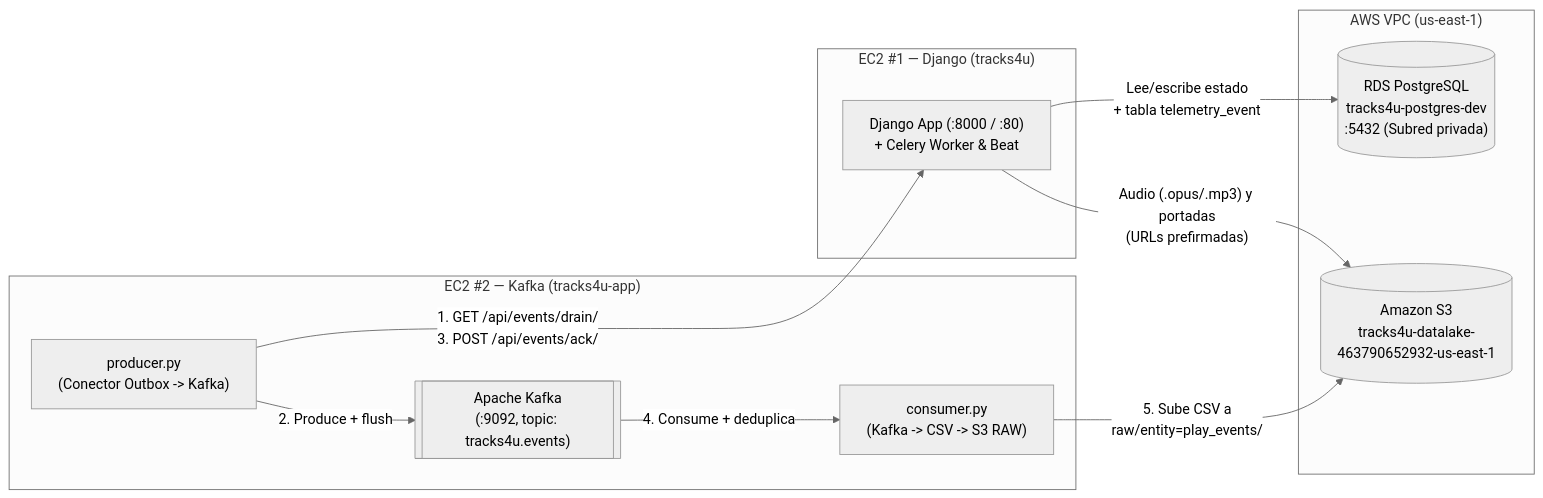
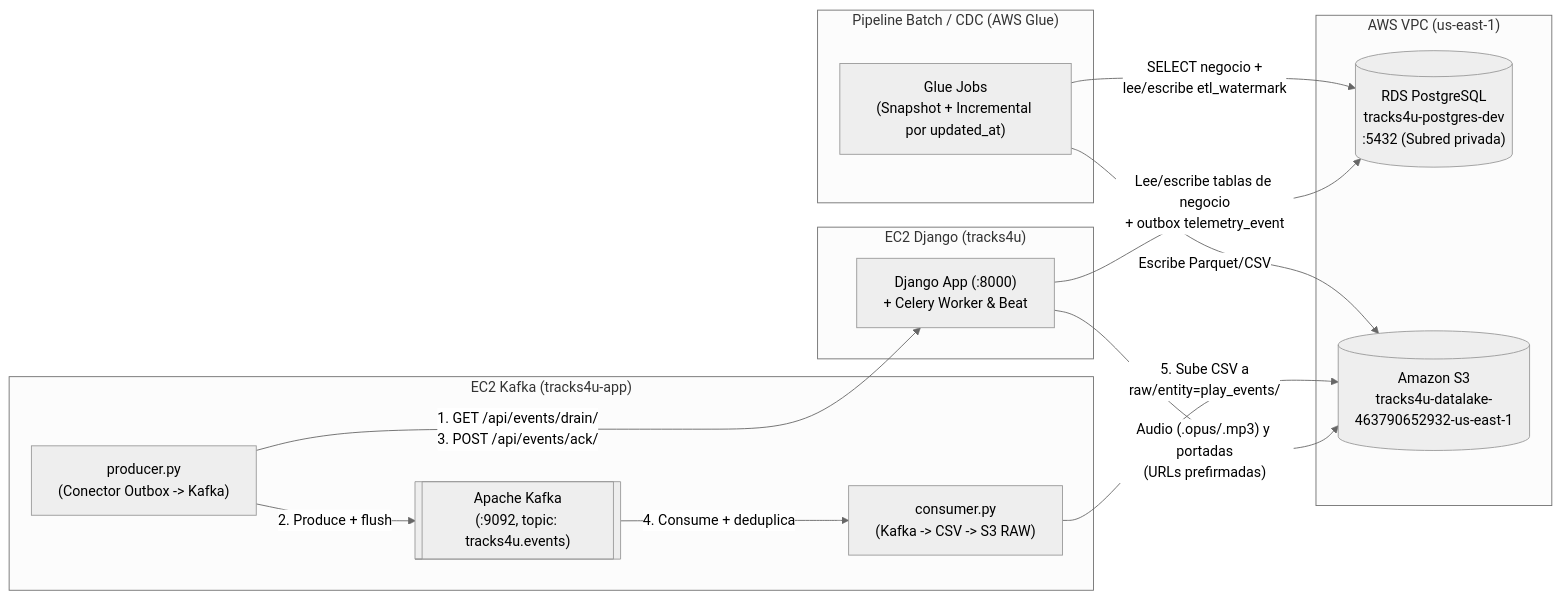
One commit to miguelangel17z/tracks4u changed the diagram in README.md. Above: the diagram before and after it, drawn with Mermaid (neutral theme). The commit also changed other lines of this file and 74 other files, not shown here.

Commit message:
T9: include database schema, seed, seed media files and EC2 deployment guide

````diff
--- a/README.md
+++ b/README.md
@@ -14,24 +9,30 @@
 ```mermaid
 flowchart LR
-    subgraph EC2_DJANGO["EC2 #1 — Django (tracks4u)"]
-        DJ["Django App (:8000 / :80)\n+ Celery Worker & Beat"]
+    subgraph EC2_DJANGO["EC2 Django (tracks4u)"]
+        DJ["Django App (:8000)\n+ Celery Worker & Beat"]
     end
 
     subgraph VPC_AWS["AWS VPC (us-east-1)"]
         RDS[("RDS PostgreSQL\ntracks4u-postgres-dev\n:5432 (Subred privada)")]
         S3[("Amazon S3\ntracks4u-datalake-463790652932-us-east-1")]
     end
 
-    subgraph EC2_KAFKA["EC2 #2 — Kafka (tracks4u-app)"]
+    subgraph EC2_KAFKA["EC2 Kafka (tracks4u-app)"]
         KFK[["Apache Kafka\n(:9092, topic: tracks4u.events)"]]
         PROD["producer.py\n(Conector Outbox -> Kafka)"]
         CONS["consumer.py\n(Kafka -> CSV -> S3 RAW)"]
     end
 
-    DJ -->|"Lee/escribe estado\n+ tabla telemetry_event"| RDS
+    subgraph GLUE_BATCH["Pipeline Batch / CDC (AWS Glue)"]
+        GLUE["Glue Jobs\n(Snapshot + Incremental por updated_at)"]
+    end
+
+    DJ -->|"Lee/escribe tablas de negocio\n+ outbox telemetry_event"| RDS
     DJ -->|"Audio (.opus/.mp3) y portadas\n(URLs prefirmadas)"| S3
     PROD -->|"1. GET /api/events/drain/\n3. POST /api/events/ack/"| DJ
     PROD -->|"2. Produce + flush"| KFK
     KFK -->|"4. Consume + deduplica"| CONS
     CONS -->|"5. Sube CSV a\nraw/entity=play_events/"| S3
+    GLUE -->|"SELECT negocio +\nlee/escribe etl_watermark"| RDS
+    GLUE -->|"Escribe Parquet/CSV"| S3
 ```
````
